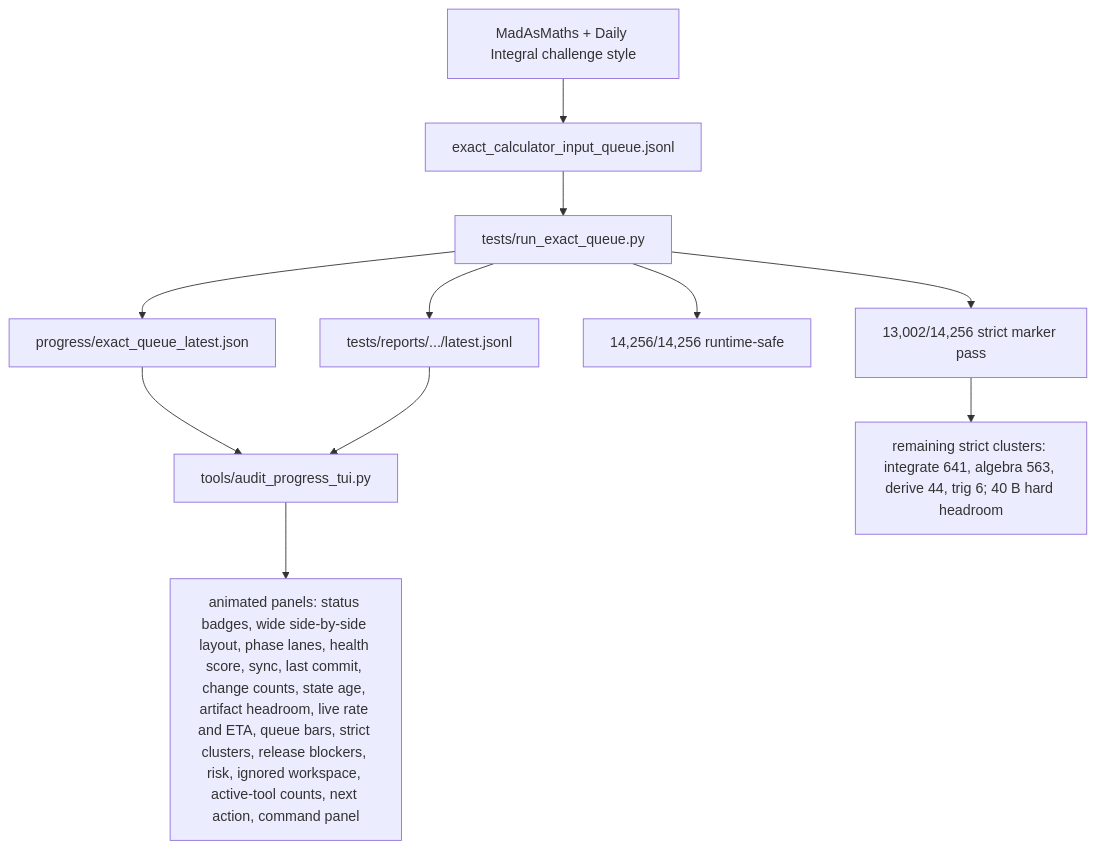
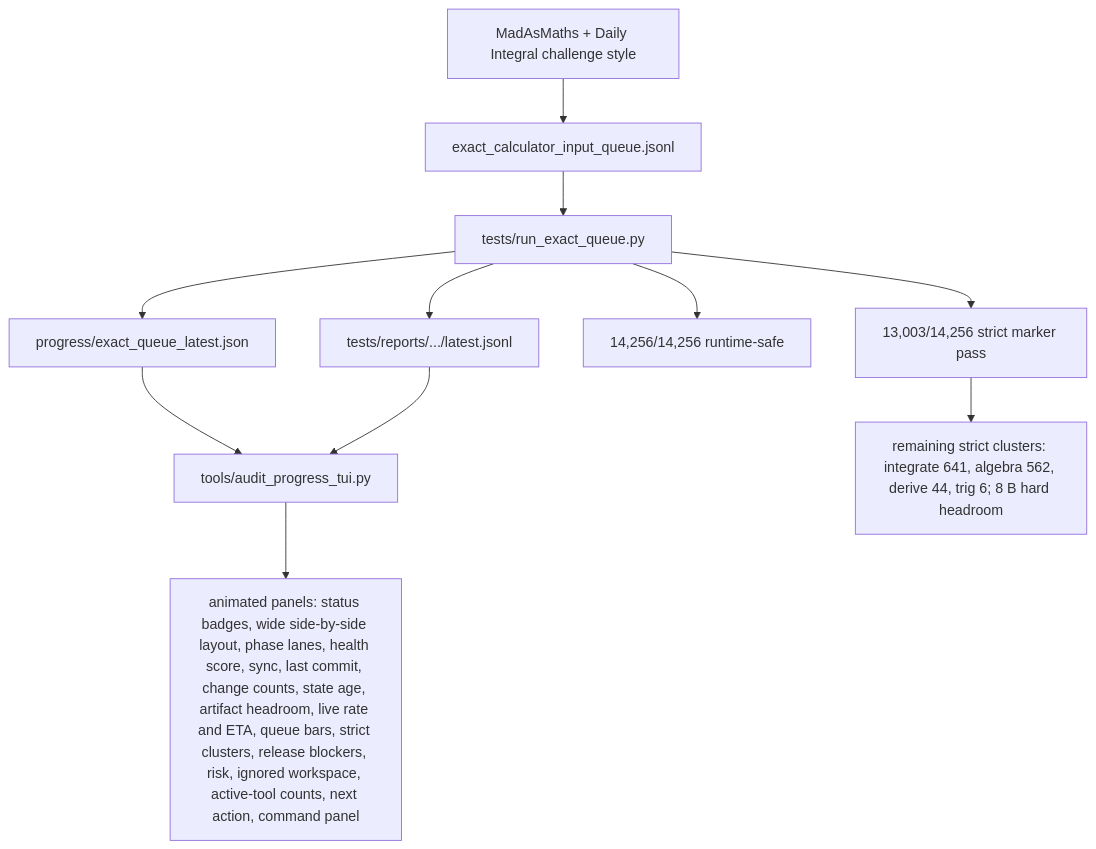
Before and after one commit to james8464/notes-addin-casio-fx-cg50: the fifth of 6 diagrams in docs/GRAPH.md, drawn with Mermaid. The commit also changed other lines of this file and 3 other files, not shown here.

````diff
--- a/docs/GRAPH.md
+++ b/docs/GRAPH.md
@@ -60,13 +60,13 @@
 ```mermaid
 graph TD
   Online["MadAsMaths + Daily Integral challenge style"] --> Queue["exact_calculator_input_queue.jsonl"]
   Queue --> Runner["tests/run_exact_queue.py"]
   Runner --> Live["progress/exact_queue_latest.json"]
   Runner --> Report["tests/reports/.../latest.jsonl"]
   Live --> TUI["tools/audit_progress_tui.py"]
   Report --> TUI
   TUI --> Panels["animated panels: status badges, wide side-by-side layout, phase lanes, health score, sync, last commit, change counts, state age, artifact headroom, live rate and ETA, queue bars, strict clusters, release blockers, risk, ignored workspace, active-tool counts, next action, command panel"]
   Runner --> Runtime["14,256/14,256 runtime-safe"]
-  Runner --> Strict["13,002/14,256 strict marker pass"]
-  Strict --> Remaining["remaining strict clusters: integrate 641, algebra 563, derive 44, trig 6; 40 B hard headroom"]
+  Runner --> Strict["13,003/14,256 strict marker pass"]
+  Strict --> Remaining["remaining strict clusters: integrate 641, algebra 562, derive 44, trig 6; 8 B hard headroom"]
 ```
````
